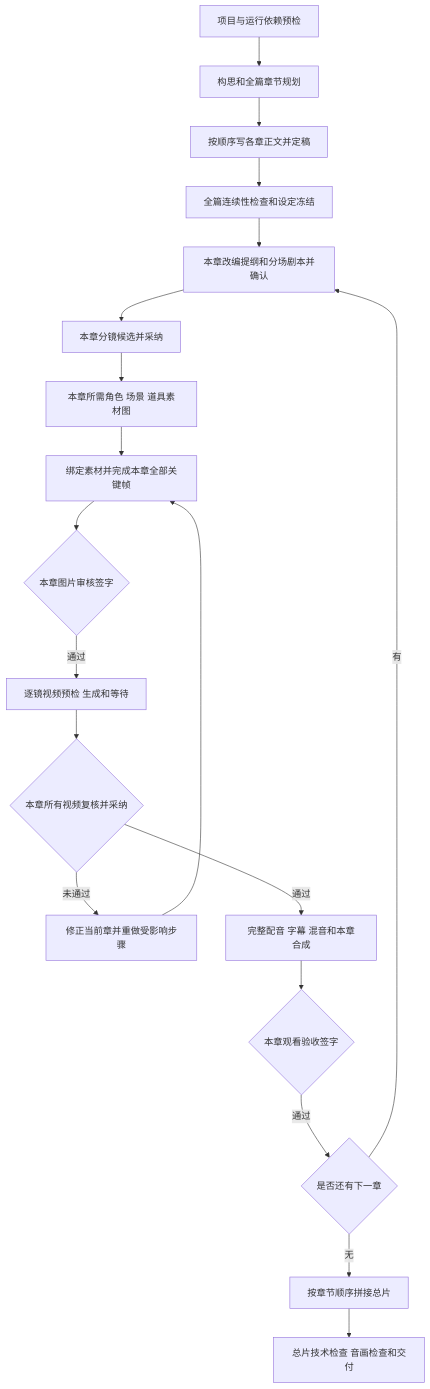
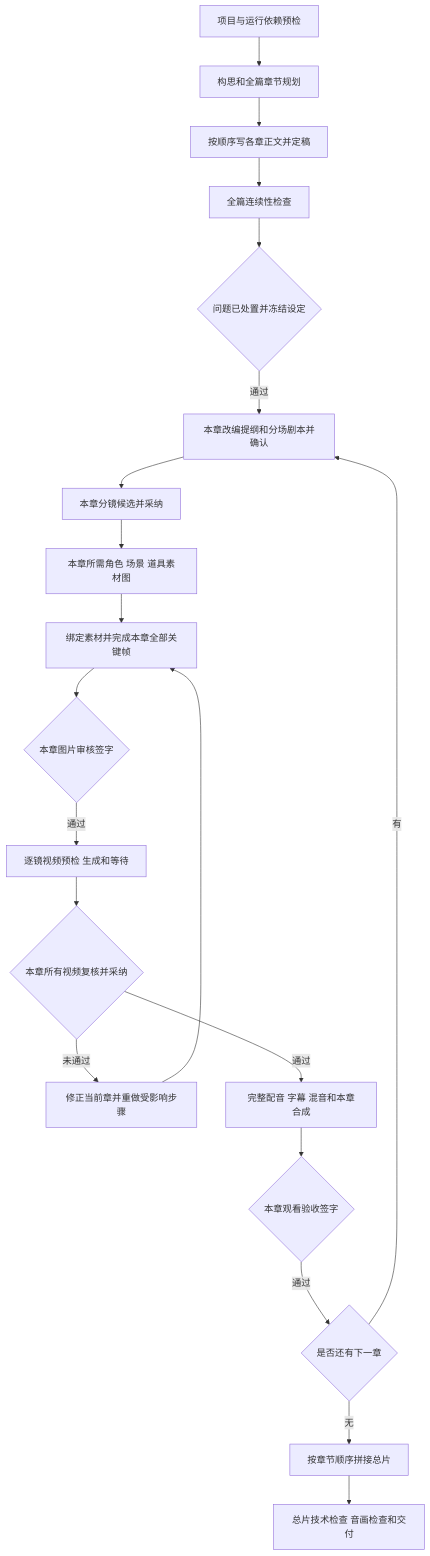
The diagram in local/docs/完整视频制作链路与内部接口.md (eric20170524/nova-story), drawn with Mermaid before and after one commit. The commit also changed other lines of this file and 6 other files, not shown here.

````diff
--- a/local/docs/完整视频制作链路与内部接口.md
+++ b/local/docs/完整视频制作链路与内部接口.md
@@ -35,21 +35,22 @@
 ```mermaid
 flowchart TD
     A[项目与运行依赖预检] --> B[构思和全篇章节规划]
     B --> C[按顺序写各章正文并定稿]
-    C --> D[全篇连续性检查和设定冻结]
-    D --> E[本章改编提纲和分场剧本并确认]
+    C --> D[全篇连续性检查]
+    D --> D1{问题已处置并冻结设定}
+    D1 -->|通过| E[本章改编提纲和分场剧本并确认]
     E --> F[本章分镜候选并采纳]
     F --> G[本章所需角色 场景 道具素材图]
     G --> H[绑定素材并完成本章全部关键帧]
     H --> H1{本章图片审核签字}
     H1 -->|通过| I[逐镜视频预检 生成和等待]
     I --> J{本章所有视频复核并采纳}
     J -->|未通过| K[修正当前章并重做受影响步骤]
     K --> H
     J -->|通过| L[完整配音 字幕 混音和本章合成]
     L --> L1{本章观看验收签字}
     L1 -->|通过| M{是否还有下一章}
     M -->|有| E
     M -->|无| N[按章节顺序拼接总片]
     N --> O[总片技术检查 音画检查和交付]
 ```
````
